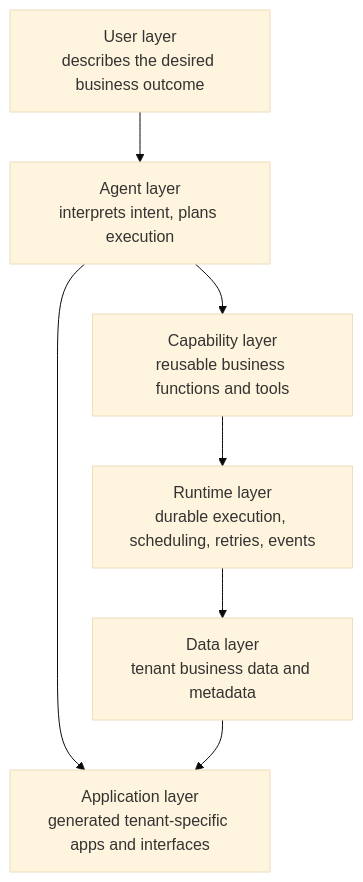
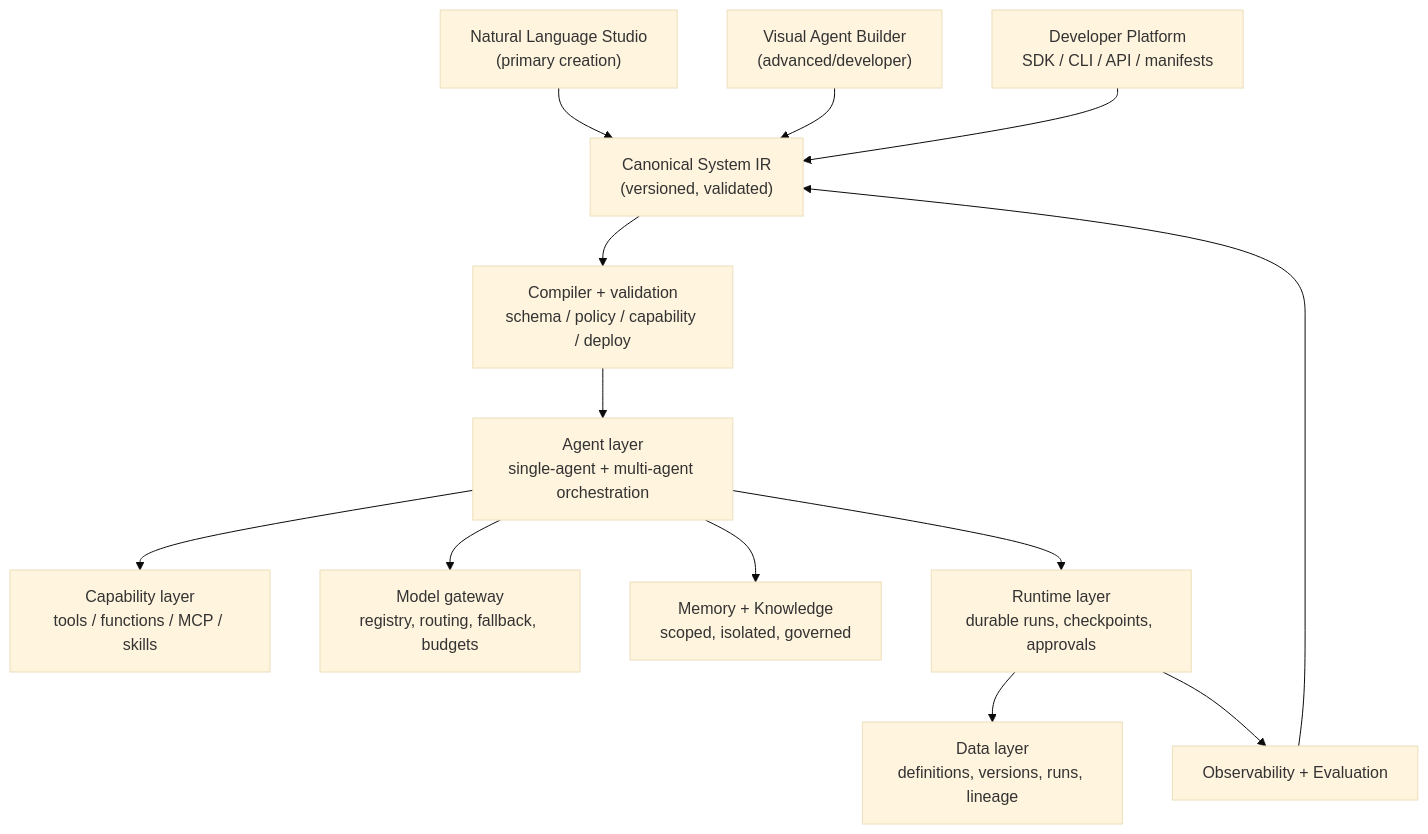
The diagram in docs/04-system-architecture.md (mehranjanati/v2-vibe), drawn with Mermaid (base theme) before and after one commit. The commit also changed other lines of this file and 29 other files, not shown here.

First line of the commit message:
docs(platform): agentic platform vision, M0-M6 roadmap, manifest schemas (P7.1)

````diff
--- a/docs/04-system-architecture.md
+++ b/docs/04-system-architecture.md
@@ -27,15 +34,27 @@
 ```mermaid
 flowchart TB
-    UL["User layer<br/>describes the desired business outcome"]
-    AL["Agent layer<br/>interprets intent, plans execution"]
-    CL["Capability layer<br/>reusable business functions and tools"]
-    RL["Runtime layer<br/>durable execution, scheduling, retries, events"]
-    DL["Data layer<br/>tenant business data and metadata"]
-    APPL["Application layer<br/>generated tenant-specific apps and interfaces"]
-    UL --> AL
-    AL --> CL
-    CL --> RL
+    NL["Natural Language Studio<br/>(primary creation)"]
+    VB["Visual Agent Builder<br/>(advanced/developer)"]
+    DEV["Developer Platform<br/>SDK / CLI / API / manifests"]
+    IR["Canonical System IR<br/>(versioned, validated)"]
+    COMP["Compiler + validation<br/>schema / policy / capability / deploy"]
+    AL["Agent layer<br/>single-agent + multi-agent orchestration"]
+    CAP["Capability layer<br/>tools / functions / MCP / skills"]
+    MOD["Model gateway<br/>registry, routing, fallback, budgets"]
+    MEM["Memory + Knowledge<br/>scoped, isolated, governed"]
+    RL["Runtime layer<br/>durable runs, checkpoints, approvals"]
+    DL["Data layer<br/>definitions, versions, runs, lineage"]
+    OBS["Observability + Evaluation"]
+    NL --> IR
+    VB --> IR
+    DEV --> IR
+    IR --> COMP
+    COMP --> AL
+    AL --> CAP
+    AL --> MOD
+    AL --> MEM
+    AL --> RL
     RL --> DL
-    AL --> APPL
-    DL --> APPL
+    RL --> OBS
+    OBS --> IR
 ```
````
